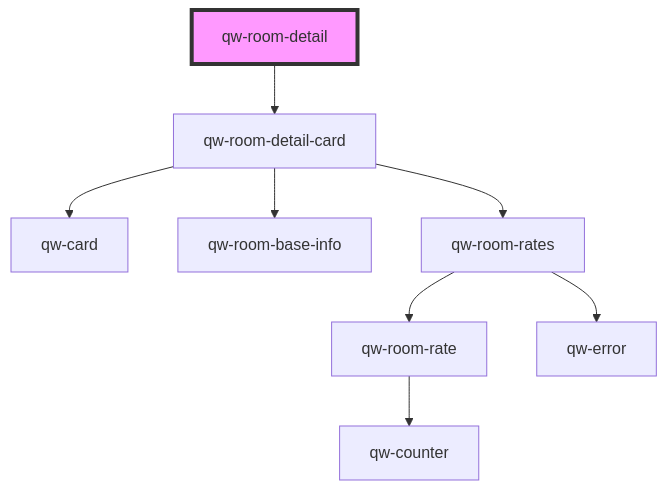
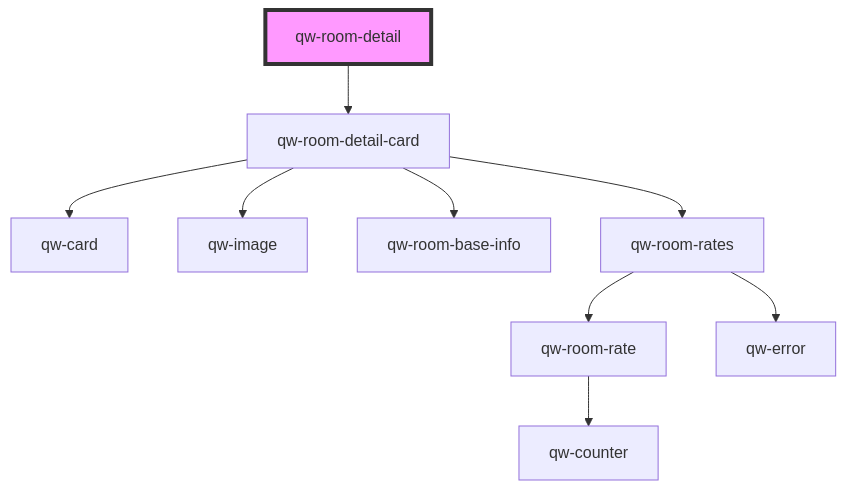
The diagram in src/components/qw-room-detail/readme.md (qwentes-team/qw-hotels), drawn with Mermaid before and after one commit. The commit also changed 15 other files, not shown here.

````diff
--- a/src/components/qw-room-detail/readme.md
+++ b/src/components/qw-room-detail/readme.md
@@ -31,11 +31,12 @@
 ```mermaid
 graph TD;
   qw-room-detail --> qw-room-detail-card
   qw-room-detail-card --> qw-card
+  qw-room-detail-card --> qw-image
   qw-room-detail-card --> qw-room-base-info
   qw-room-detail-card --> qw-room-rates
   qw-room-rates --> qw-room-rate
   qw-room-rates --> qw-error
   qw-room-rate --> qw-counter
   style qw-room-detail fill:#f9f,stroke:#333,stroke-width:4px
 ```
````
